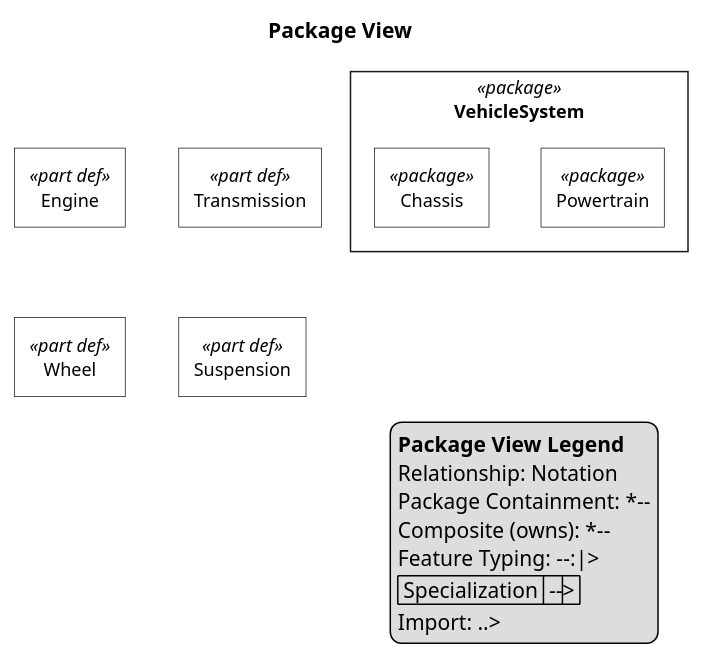
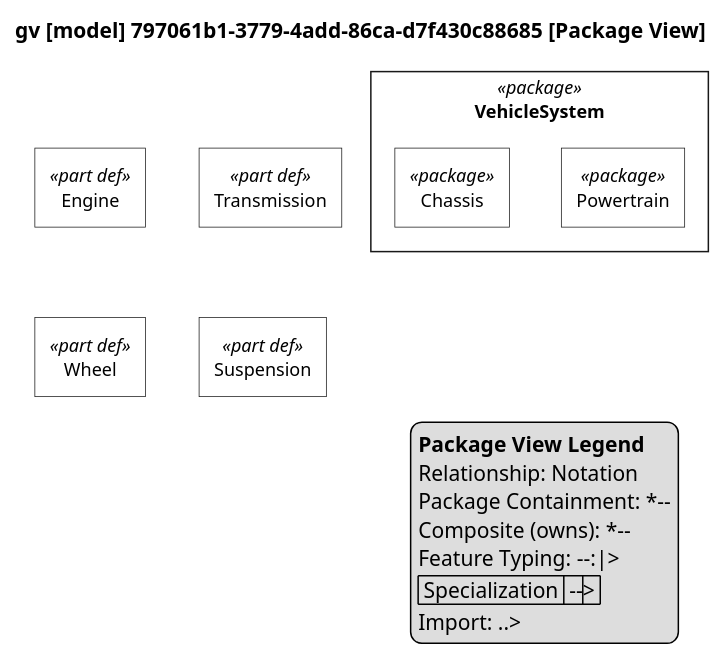
Before and after one commit to mycr0ft/sysmlpy: the diagram in plantuml-examples/08-package-view.puml, drawn with PlantUML. The commit also changed 28 other files, not shown here.

```diff
--- a/plantuml-examples/08-package-view.puml
+++ b/plantuml-examples/08-package-view.puml
@@ -1,95 +1,95 @@
 @startuml
 
 skinparam monochrome true
 skinparam wrapWidth 300
 skinparam defaultFontSize 12
 skinparam defaultFontName Helvetica
 
 skinparam rectangle<<package>> {
     RoundCorner 0
     BackgroundColor white
 }
 skinparam rectangle<<part def>> {
     RoundCorner 0
     BackgroundColor white
 }
 skinparam rectangle<<part>> {
     RoundCorner 15
     BackgroundColor white
 }
 skinparam rectangle<<item def>> {
     RoundCorner 0
     BackgroundColor white
 }
 skinparam rectangle<<item>> {
     RoundCorner 15
     BackgroundColor white
 }
 skinparam rectangle<<action def>> {
     RoundCorner 0
     BackgroundColor white
 }
 skinparam rectangle<<action>> {
     RoundCorner 15
     BackgroundColor white
 }
 skinparam rectangle<<attribute def>> {
     RoundCorner 0
     BackgroundColor white
 }
 skinparam rectangle<<attribute>> {
     RoundCorner 15
     BackgroundColor white
 }
 skinparam rectangle<<requirement def>> {
     RoundCorner 0
     BackgroundColor white
 }
 skinparam rectangle<<requirement>> {
     RoundCorner 15
     BackgroundColor white
 }
 skinparam rectangle<<view def>> {
     RoundCorner 0
     BackgroundColor white
 }
 skinparam rectangle<<view>> {
     RoundCorner 15
     BackgroundColor white
 }
 skinparam folder<<view def>> {
     RoundCorner 0
     BackgroundColor white
 }
 skinparam folder<<view>> {
     RoundCorner 15
     BackgroundColor white
 }
 
 top to bottom direction
 
-title Package View
+title gv [model] 797061b1-3779-4add-86ca-d7f430c88685 [Package View]
 
 hide circle
 
 rectangle "VehicleSystem" as E5 <<package>> {
 rectangle "Powertrain" as E6 <<package>>
 rectangle "Chassis" as E7 <<package>>
 }
 rectangle "Engine" as E1 <<part def>>
 rectangle "Transmission" as E2 <<part def>>
 rectangle "Wheel" as E3 <<part def>>
 rectangle "Suspension" as E4 <<part def>>
 
 
 legend right
   <b>Package View Legend</b>
   Relationship: Notation
   Package Containment: *--
   Composite (owns): *--
   Feature Typing: --:|> 
   | Specialization | --|> |
   Import: ..>
 endlegend
 
 @enduml
```
